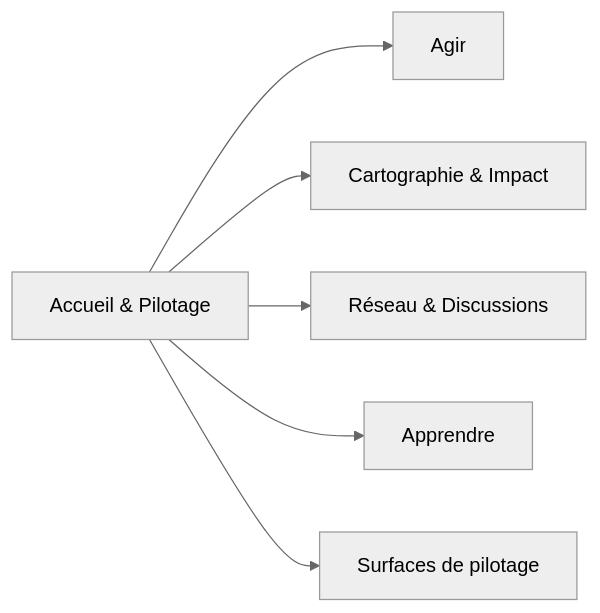
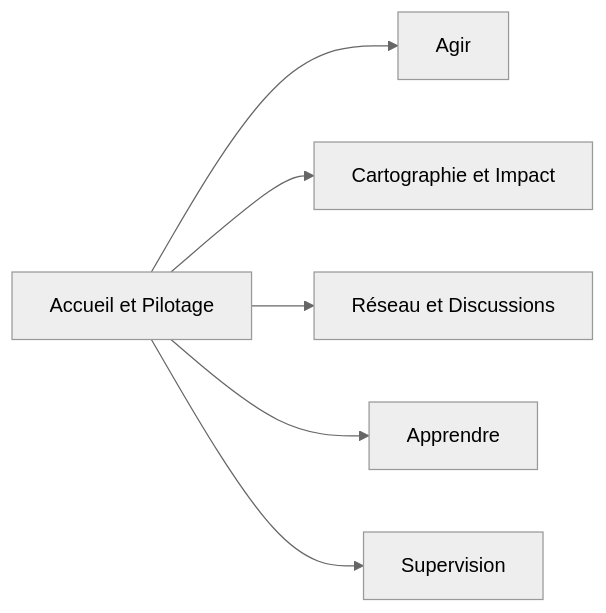
One commit to maxd4/CleanmyMap changed the diagram in documentation/product/vision-et-objectifs.md. Above: the diagram before and after it, drawn with Mermaid (neutral theme). The commit also changed other lines of this file and 13 other files, not shown here.

````diff
--- a/documentation/product/vision-et-objectifs.md
+++ b/documentation/product/vision-et-objectifs.md
@@ -91,8 +153,8 @@
 ```mermaid
 flowchart LR
-  HOME["Accueil & Pilotage"] --> ACT["Agir"]
-  HOME --> CARTO["Cartographie & Impact"]
-  HOME --> RESEAU["Réseau & Discussions"]
-  HOME --> LEARN["Apprendre"]
-  HOME --> OPS["Surfaces de pilotage"]
+  HOME[Accueil et Pilotage] --> ACT[Agir]
+  HOME --> IMP[Cartographie et Impact]
+  HOME --> NET[Réseau et Discussions]
+  HOME --> LEARN[Apprendre]
+  HOME --> OPS[Supervision]
 ```
````
